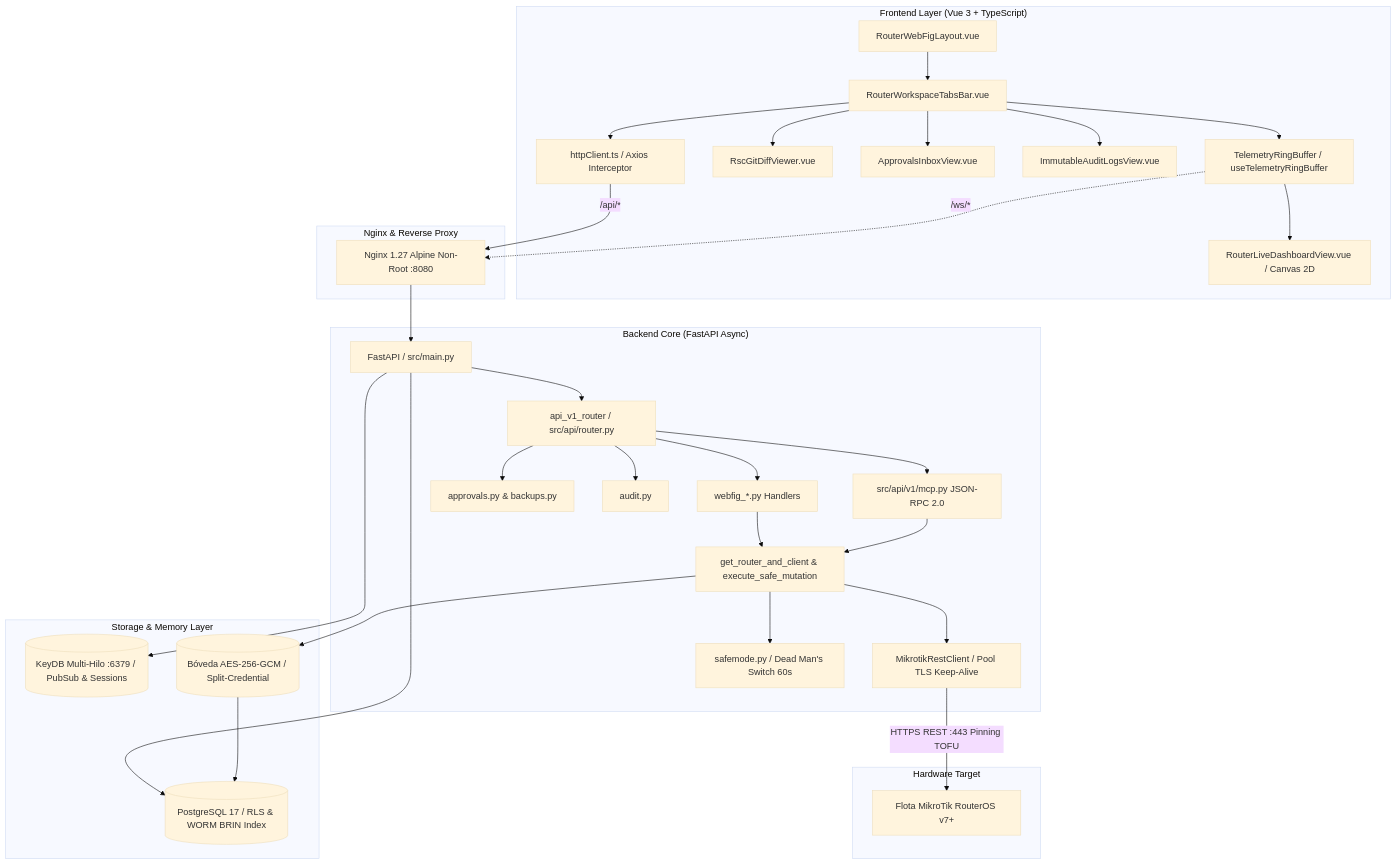
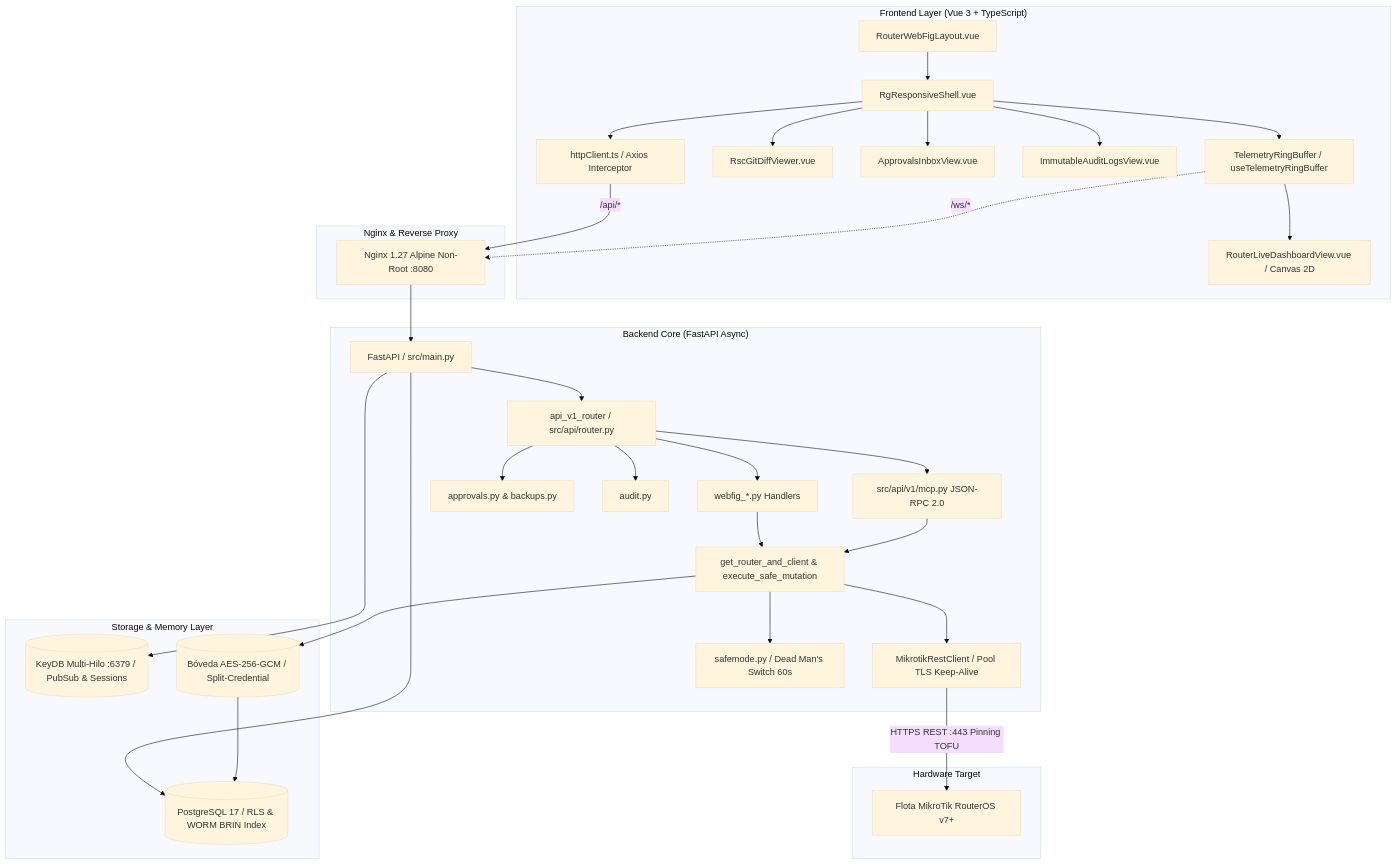
Before and after one commit to tecno-consultores/RoSGrid: the fourth of 4 diagrams in docs/05_AUDITORIA_FORENSE_Y_ARQUITECTURA.md, drawn with Mermaid (base theme). The commit also changed 101 other files, not shown here.

````diff
--- a/docs/05_AUDITORIA_FORENSE_Y_ARQUITECTURA.md
+++ b/docs/05_AUDITORIA_FORENSE_Y_ARQUITECTURA.md
@@ -131,51 +131,51 @@
 ```mermaid
 flowchart TB
     subgraph "Frontend Layer (Vue 3 + TypeScript)"
         RouterLayout[RouterWebFigLayout.vue]
-        Tabs[RouterWorkspaceTabsBar.vue]
+        Tabs[RgResponsiveShell.vue]
         RingBuffer[TelemetryRingBuffer / useTelemetryRingBuffer]
         CanvasView[RouterLiveDashboardView.vue / Canvas 2D]
         DiffView[RscGitDiffViewer.vue]
         ApprovalsView[ApprovalsInboxView.vue]
         AuditView[ImmutableAuditLogsView.vue]
         HttpService[httpClient.ts / Axios Interceptor]
         
         RouterLayout --> Tabs
         Tabs --> RingBuffer --> CanvasView
         Tabs --> DiffView
         Tabs --> ApprovalsView
         Tabs --> AuditView
         Tabs --> HttpService
     end
 
     subgraph "Nginx & Reverse Proxy"
         Nginx[Nginx 1.27 Alpine Non-Root :8080]
         HttpService -->|/api/*| Nginx
         RingBuffer -.->|/ws/*| Nginx
     end
 
     subgraph "Backend Core (FastAPI Async)"
         Nginx --> Main[FastAPI / src/main.py]
         Main --> RouterCore[api_v1_router / src/api/router.py]
         RouterCore --> WebFigAPI[webfig_*.py Handlers]
         RouterCore --> McpAPI[src/api/v1/mcp.py JSON-RPC 2.0]
         RouterCore --> OpsAPI[approvals.py & backups.py]
         RouterCore --> AuditAPI[audit.py]
         
         WebFigAPI --> Common[get_router_and_client & execute_safe_mutation]
         McpAPI --> Common
         Common --> MTClient[MikrotikRestClient / Pool TLS Keep-Alive]
         Common --> SafeMode[safemode.py / Dead Man's Switch 60s]
     end
 
     subgraph "Storage & Memory Layer"
         Main --> KeyDB[(KeyDB Multi-Hilo :6379 / PubSub & Sessions)]
         Main --> Postgres[(PostgreSQL 17 / RLS & WORM BRIN Index)]
         Common --> Vault[(Bóveda AES-256-GCM / Split-Credential)]
         Vault --> Postgres
     end
 
     subgraph "Hardware Target"
         MTClient -->|HTTPS REST :443 Pinning TOFU| MikroTik[Flota MikroTik RouterOS v7+]
     end
 ```
````
